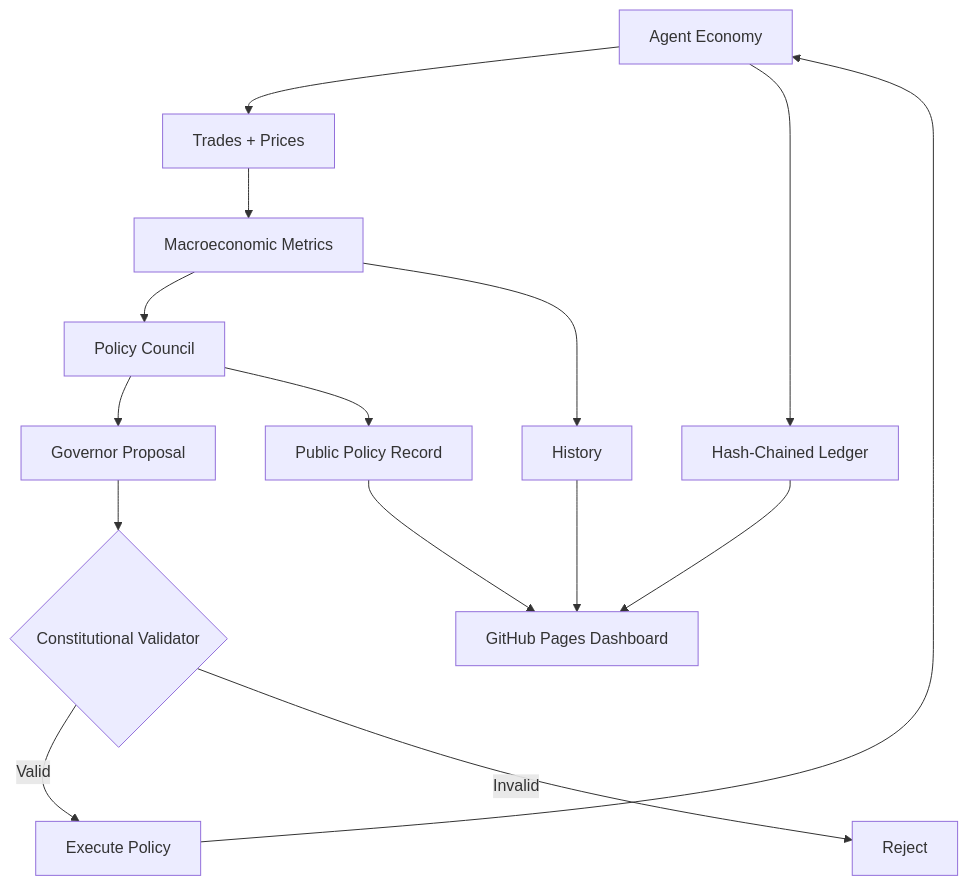
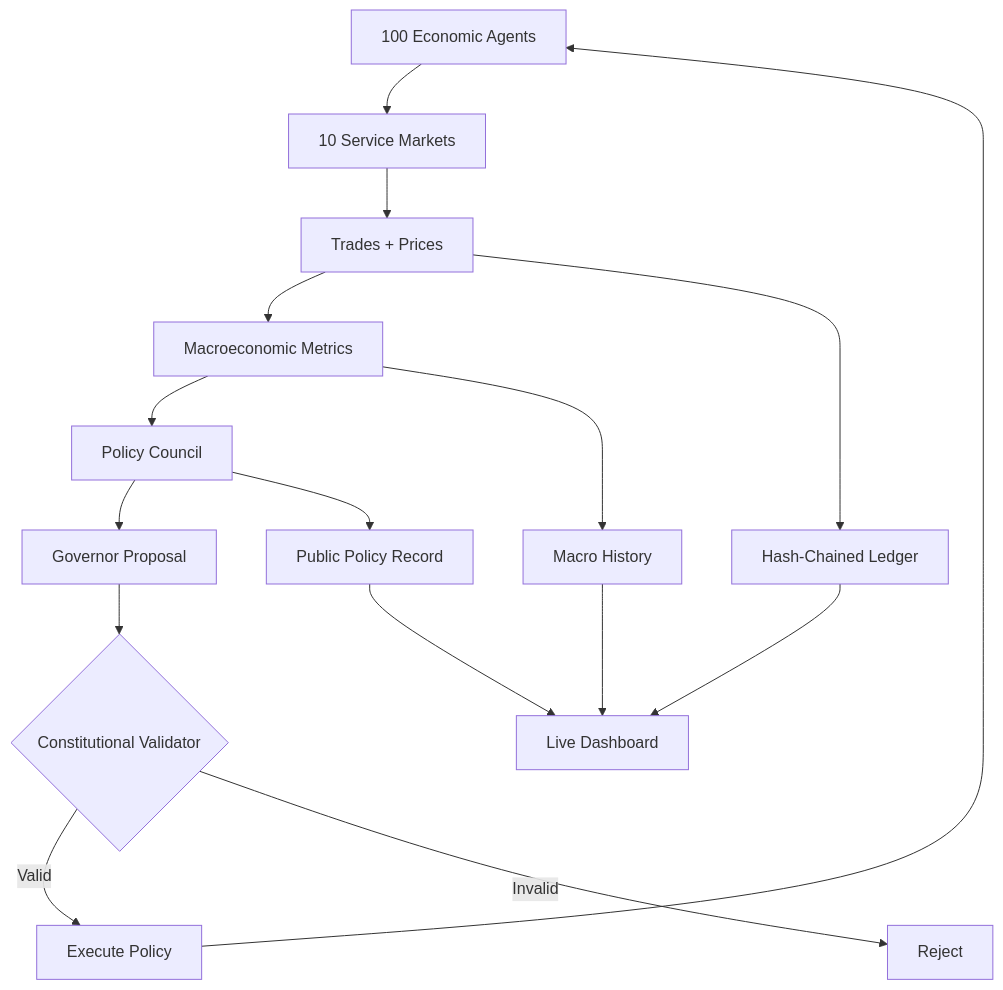
One commit to SignalLayerLabs/CYMONIA changed the diagram in README.md. Above: the diagram before and after it, drawn with Mermaid. The commit also changed other lines of this file, not shown here.

````diff
--- a/README.md
+++ b/README.md
@@ -121,17 +303,18 @@
 ```mermaid
 flowchart TD
-    A[Agent Economy] --> B[Trades + Prices]
-    B --> C[Macroeconomic Metrics]
-    C --> D[Policy Council]
-    D --> E[Governor Proposal]
-    E --> F{Constitutional Validator}
-    F -->|Valid| G[Execute Policy]
-    F -->|Invalid| H[Reject]
-    G --> A
-    A --> I[Hash-Chained Ledger]
-    C --> J[History]
-    D --> K[Public Policy Record]
-    I --> L[GitHub Pages Dashboard]
-    J --> L
-    K --> L
+    A[100 Economic Agents] --> B[10 Service Markets]
+    B --> C[Trades + Prices]
+    C --> D[Macroeconomic Metrics]
+    D --> E[Policy Council]
+    E --> F[Governor Proposal]
+    F --> G{Constitutional Validator}
+    G -->|Valid| H[Execute Policy]
+    G -->|Invalid| I[Reject]
+    H --> A
+    C --> J[Hash-Chained Ledger]
+    D --> K[Macro History]
+    E --> L[Public Policy Record]
+    J --> M[Live Dashboard]
+    K --> M
+    L --> M
 ```
````
